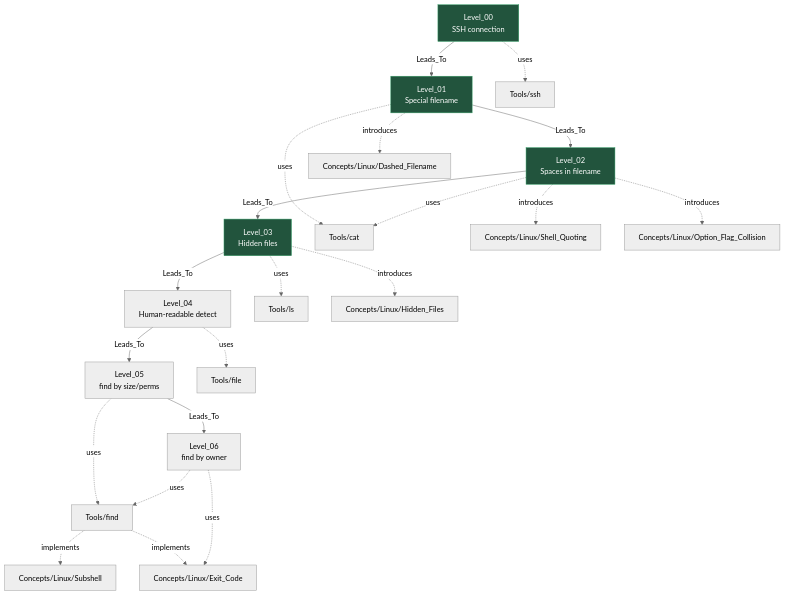
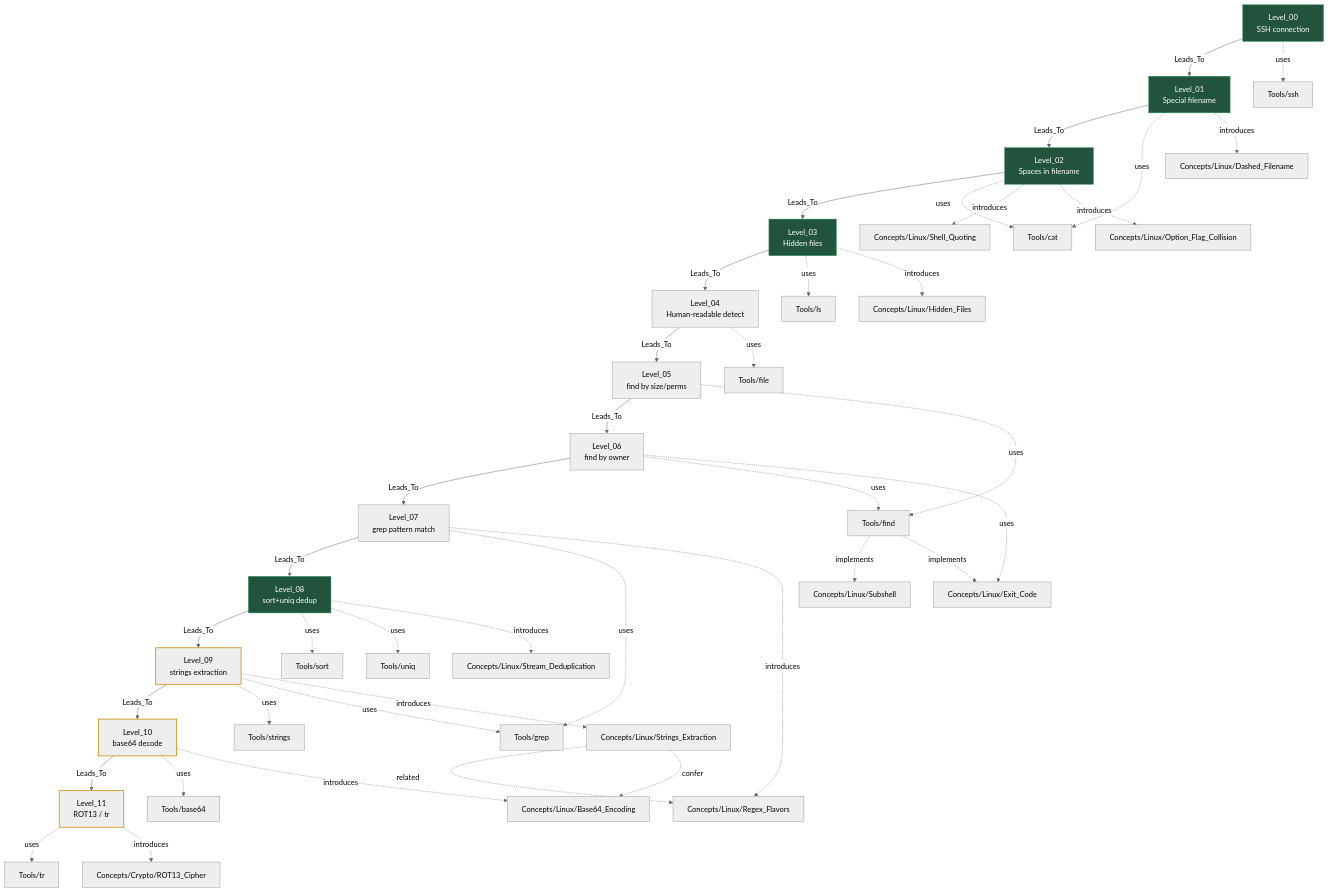
The diagram in _MOC/MOC_Bandit.md (JunyoungCho07/security-writeups), drawn with Mermaid (neutral theme) before and after one commit. The commit also changed other lines of this file and 7 other files, not shown here.

First line of the commit message:
feat(bandit): add Level 9-11 writeups + Strings_Extraction & Base64 atoms

````diff
--- a/_MOC/MOC_Bandit.md
+++ b/_MOC/MOC_Bandit.md
@@ -21,6 +21,11 @@
     L04[Level_04<br/>Human-readable detect]
     L05[Level_05<br/>find by size/perms]
     L06[Level_06<br/>find by owner]
+    L07[Level_07<br/>grep pattern match]
+    L08[Level_08<br/>sort+uniq dedup]
+    L09[Level_09<br/>strings extraction]
+    L10[Level_10<br/>base64 decode]
+    L11[Level_11<br/>ROT13 / tr]
 
     L00 -->|Leads_To| L01
     L01 -->|Leads_To| L02
@@ -28,6 +33,11 @@
     L03 -->|Leads_To| L04
     L04 -->|Leads_To| L05
     L05 -->|Leads_To| L06
+    L06 -->|Leads_To| L07
+    L07 -->|Leads_To| L08
+    L08 -->|Leads_To| L09
+    L09 -->|Leads_To| L10
+    L10 -->|Leads_To| L11
 
     L00 -.->|uses| T_SSH[Tools/ssh]
     L01 -.->|uses| T_CAT[Tools/cat]
@@ -40,6 +50,20 @@
     L04 -.->|uses| T_FILE[Tools/file]
     L05 -.->|uses| T_FIND[Tools/find]
     L06 -.->|uses| T_FIND
+    L07 -.->|uses| T_GREP[Tools/grep]
+    L07 -.->|introduces| C_REGEX[Concepts/Linux/Regex_Flavors]
+    L08 -.->|uses| T_SORT[Tools/sort]
+    L08 -.->|uses| T_UNIQ[Tools/uniq]
+    L08 -.->|introduces| C_DEDUP[Concepts/Linux/Stream_Deduplication]
+    L09 -.->|uses| T_STRINGS[Tools/strings]
+    L09 -.->|uses| T_GREP
+    L09 -.->|introduces| C_STRINGS[Concepts/Linux/Strings_Extraction]
+    L10 -.->|uses| T_B64[Tools/base64]
+    L10 -.->|introduces| C_B64[Concepts/Linux/Base64_Encoding]
+    L11 -.->|uses| T_TR[Tools/tr]
+    L11 -.->|introduces| C_ROT13[Concepts/Crypto/ROT13_Cipher]
+    C_STRINGS -.->|related| C_REGEX
+    C_STRINGS -.->|confer| C_B64
 
     %% Foundational concepts (general-purpose, not tied to single level)
     C_SUBSHELL[Concepts/Linux/Subshell]
@@ -55,9 +79,19 @@
     click L04 "Wargames/Bandit/Level_04.md"
     click L05 "Wargames/Bandit/Level_05.md"
     click L06 "Wargames/Bandit/Level_06.md"
+    click L07 "Wargames/Bandit/Level_07.md"
+    click L08 "Wargames/Bandit/Level_08.md"
+    click L09 "Wargames/Bandit/Level_09.md"
+    click L10 "Wargames/Bandit/Level_10.md"
+    click L11 "Wargames/Bandit/Level_11.md"
 
+    %% Filled = 🟢 solid; outlined = 🟡 developing / 🔴 raw
     style L00 fill:#22543d,stroke:#38a169,color:#fff
     style L01 fill:#22543d,stroke:#38a169,color:#fff
     style L02 fill:#22543d,stroke:#38a169,color:#fff
     style L03 fill:#22543d,stroke:#38a169,color:#fff
+    style L08 fill:#22543d,stroke:#38a169,color:#fff
+    style L09 stroke:#d69e2e,stroke-width:2px
+    style L10 stroke:#d69e2e,stroke-width:2px
+    style L11 stroke:#d69e2e,stroke-width:2px
 ```
````
